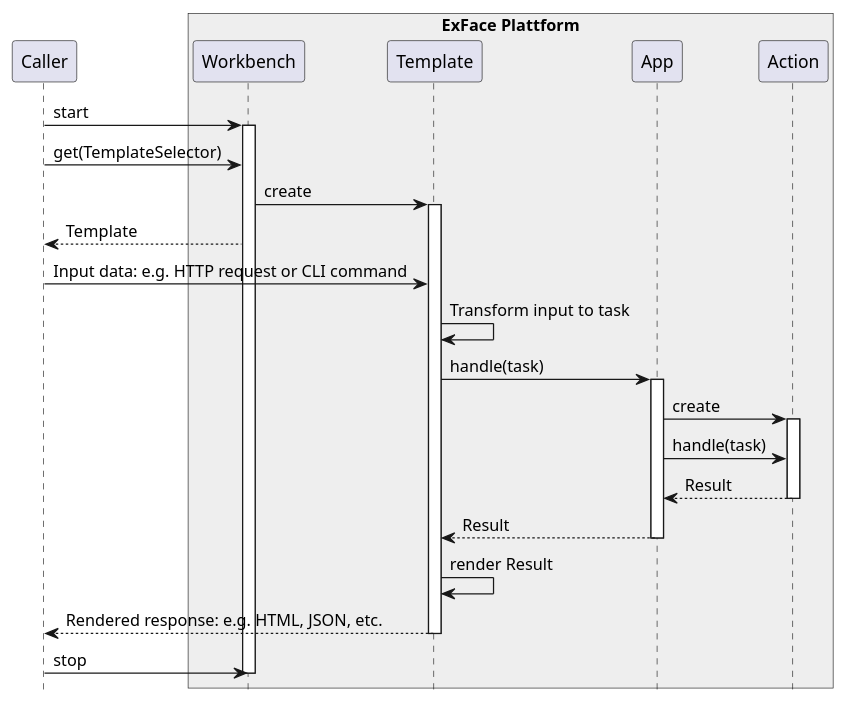
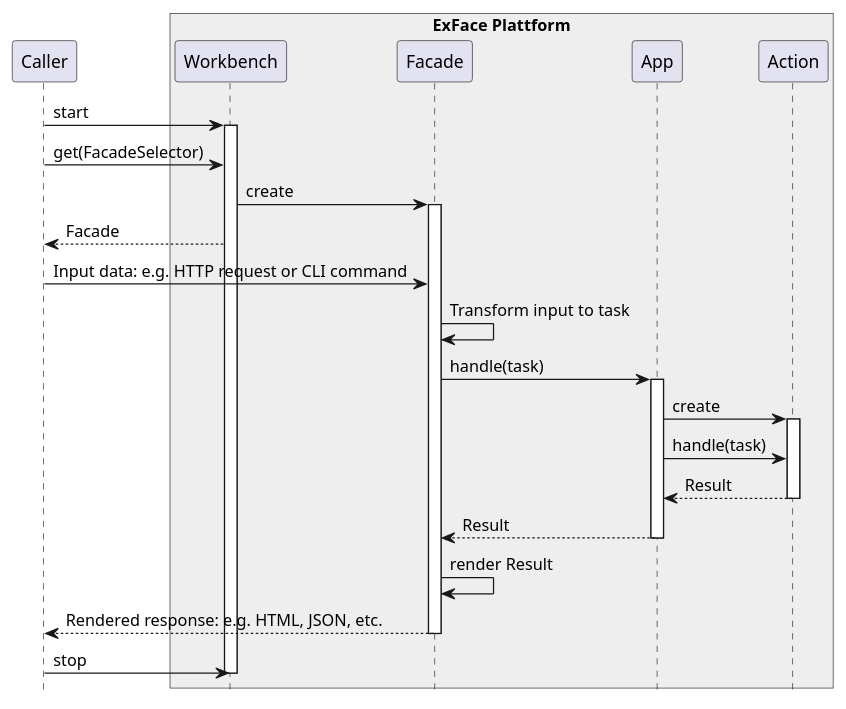
Before and after one commit to ExFace/Core: the diagram in Docs/developer_docs/diagrams/sequence_overview.puml, drawn with PlantUML. The commit also changed 176 other files, not shown here.

Commit message:
REFACTOR renamed template -> facade in code

```diff
--- a/Docs/developer_docs/diagrams/sequence_overview.puml
+++ b/Docs/developer_docs/diagrams/sequence_overview.puml
@@ -1,40 +1,40 @@
 @startuml
 hide footbox
 
 participant Caller
 box "ExFace Plattform" #eeeeee
 participant Workbench
-participant Template
+participant Facade
 participant App
 participant Action
 end box
 
 Caller -> Workbench: start
 activate Workbench
-Caller -> Workbench: get(TemplateSelector)
-Workbench -> Template: create
-activate Template
-Workbench --> Caller: Template
-Caller -> Template: Input data: e.g. HTTP request or CLI command
-Template -> Template: Transform input to task
+Caller -> Workbench: get(FacadeSelector)
+Workbench -> Facade: create
+activate Facade
+Workbench --> Caller: Facade
+Caller -> Facade: Input data: e.g. HTTP request or CLI command
+Facade -> Facade: Transform input to task
 
-Template -> App: handle(task)
+Facade -> App: handle(task)
 activate App
 
 App -> Action: create
 activate Action
 App -> Action: handle(task)
 Action --> App: Result
 deactivate Action
 
-App --> Template: Result
+App --> Facade: Result
 deactivate App
 
-Template -> Template: render Result
-Template --> Caller: Rendered response: e.g. HTML, JSON, etc.
-deactivate Template
+Facade -> Facade: render Result
+Facade --> Caller: Rendered response: e.g. HTML, JSON, etc.
+deactivate Facade
 
 Caller -> Workbench: stop
 deactivate Workbench
 
 @enduml
```
